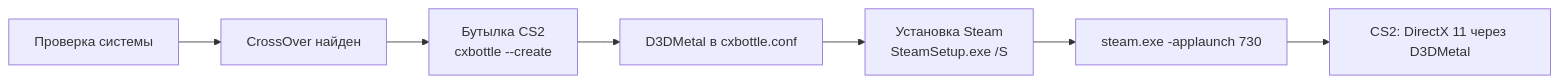
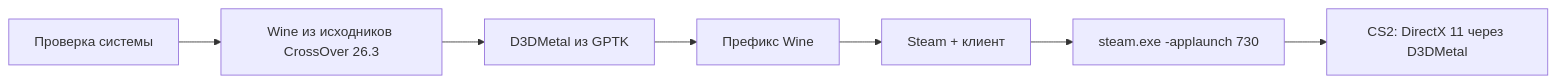
One commit to reallyworld508-lab/CS2Launcher changed the diagram in README.md. Above: the diagram before and after it, drawn with Mermaid. The commit also changed other lines of this file and 2 other files, not shown here.

````diff
--- a/README.md
+++ b/README.md
@@ -77,9 +66,9 @@
 ```mermaid
 flowchart LR
-    A[Проверка системы] --> B[CrossOver найден]
-    B --> C[Бутылка CS2<br/>cxbottle --create]
-    C --> D[D3DMetal в cxbottle.conf]
-    D --> E[Установка Steam<br/>SteamSetup.exe /S]
+    A[Проверка системы] --> B[Wine из исходников CrossOver 26.3]
+    B --> C[D3DMetal из GPTK]
+    C --> D[Префикс Wine]
+    D --> E[Steam + клиент]
     E --> F[steam.exe -applaunch 730]
     F --> G[CS2: DirectX 11 через D3DMetal]
 ```
````
